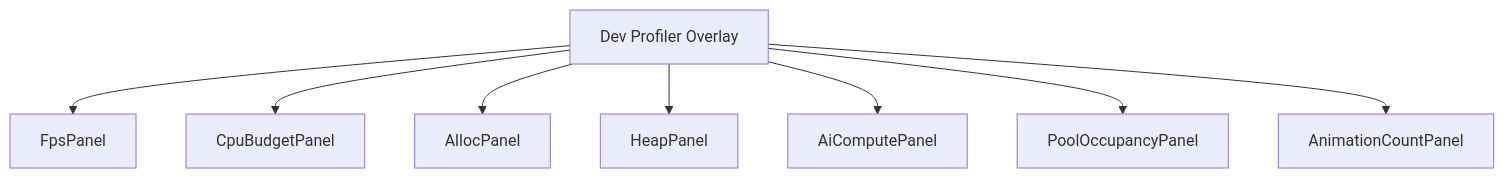
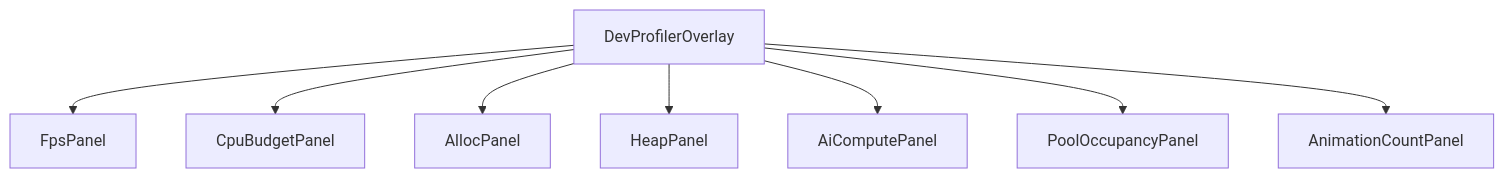
One commit to SunaNoOshiro/Heroes_Reforged_AI_Realms changed the first of 3 diagrams in docs/architecture/wiki/screens/68-dev-profiler/architecture.md. Above: the diagram before and after it, drawn with Mermaid. The commit also changed other lines of this file and 518 other files, not shown here.

First line of the commit message:
Add doc-audit skill and sweep architecture/screen docs

````diff
--- a/docs/architecture/wiki/screens/68-dev-profiler/architecture.md
+++ b/docs/architecture/wiki/screens/68-dev-profiler/architecture.md
@@ -15,18 +36,11 @@
 ```mermaid
 flowchart TD
-  Root["Dev Profiler Overlay"]
-  P0["FpsPanel"]
-  Root --> P0
-  P1["CpuBudgetPanel"]
-  Root --> P1
-  P2["AllocPanel"]
-  Root --> P2
-  P3["HeapPanel"]
-  Root --> P3
-  P4["AiComputePanel"]
-  Root --> P4
-  P5["PoolOccupancyPanel"]
-  Root --> P5
-  P6["AnimationCountPanel"]
-  Root --> P6
+  Root["DevProfilerOverlay"]
+  Root --> P0["FpsPanel"]
+  Root --> P1["CpuBudgetPanel"]
+  Root --> P2["AllocPanel"]
+  Root --> P3["HeapPanel"]
+  Root --> P4["AiComputePanel"]
+  Root --> P5["PoolOccupancyPanel"]
+  Root --> P6["AnimationCountPanel"]
 ```
````
